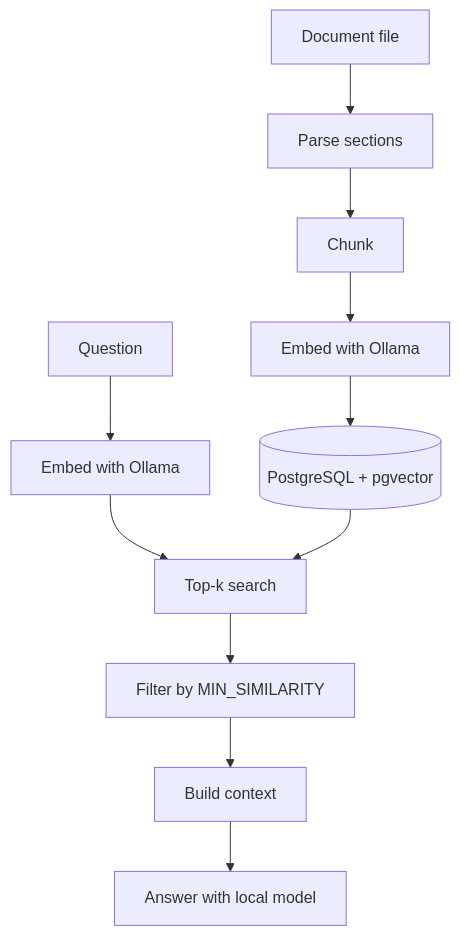
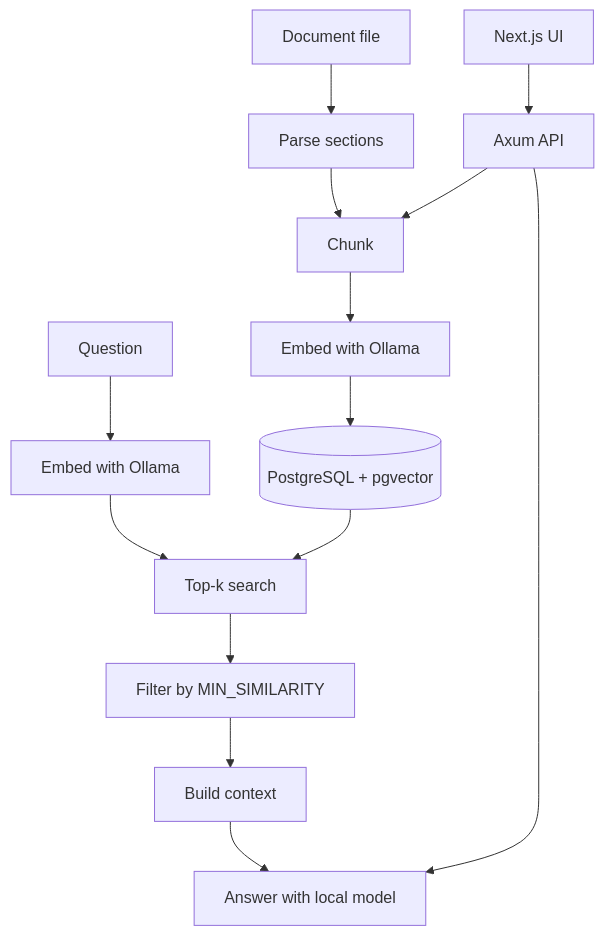
Before and after one commit to imhttran/rag-template-rust: the diagram in README.md, drawn with Mermaid. The commit also changed other lines of this file and 285 other files, not shown here.

````diff
--- a/README.md
+++ b/README.md
@@ -17,13 +17,16 @@
 ```mermaid
 flowchart TD
     doc[Document file] --> parse[Parse sections]
     parse --> chunk[Chunk]
     chunk --> embed[Embed with Ollama]
     embed --> db[(PostgreSQL + pgvector)]
     q[Question] --> qembed[Embed with Ollama]
     qembed --> search[Top-k search]
     db --> search
     search --> filter[Filter by MIN_SIMILARITY]
     filter --> ctx[Build context]
     ctx --> answer[Answer with local model]
+    browser[Next.js UI] --> api[Axum API]
+    api --> chunk
+    api --> answer
 ```
````
